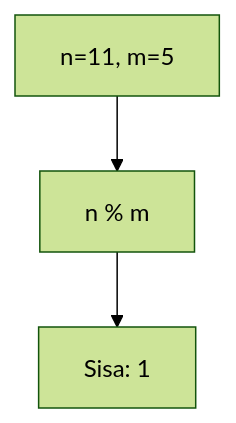
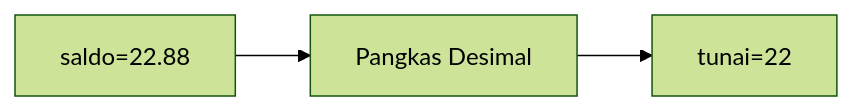
One commit to amnahwaida/OSNK_INF_PREP changed diagram 11 of 25 in part-c-pemahaman-cpp/01-tipe-data/latihan/set-06.md. Above: the diagram before and after it, drawn with Mermaid (forest theme). The commit also changed other lines of this file and 71 other files, not shown here.

````diff
--- a/part-c-pemahaman-cpp/01-tipe-data/latihan/set-06.md
+++ b/part-c-pemahaman-cpp/01-tipe-data/latihan/set-06.md
@@ -268,5 +308,5 @@
 ```mermaid
-graph TD
-A["n=11, m=5"] --> B["n % m"]
-B --> C["Sisa: 1"]
+graph LR
+A["saldo=22.88"] --> B["Pangkas Desimal"]
+B --> C["tunai=22"]
 ```
````
